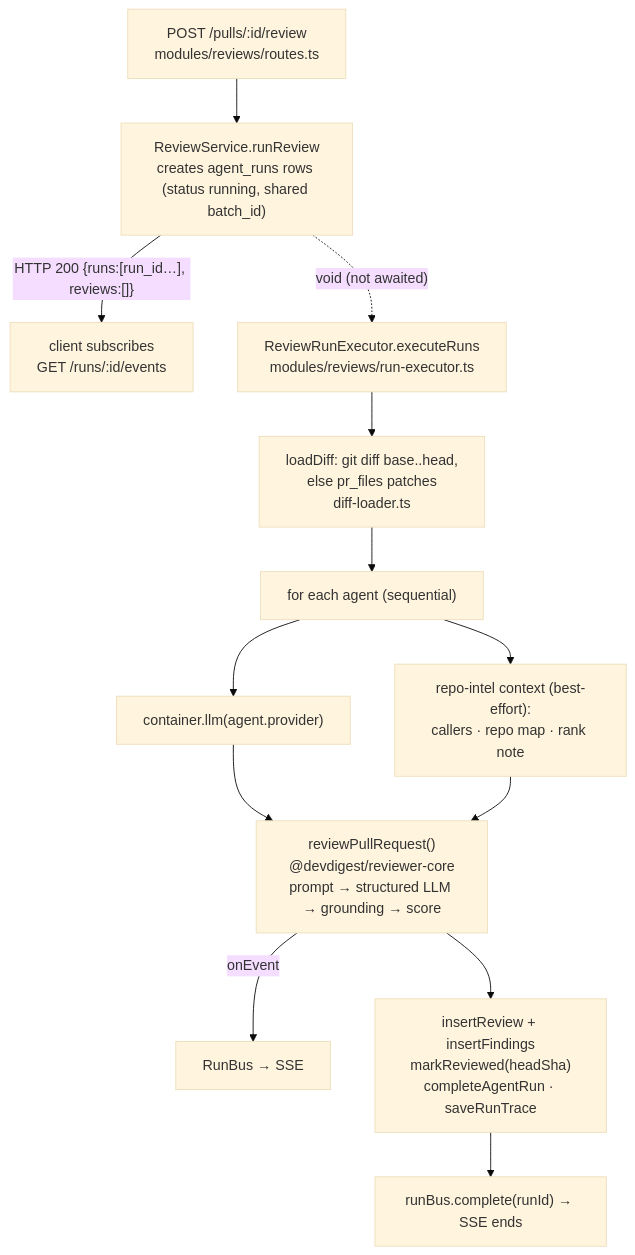
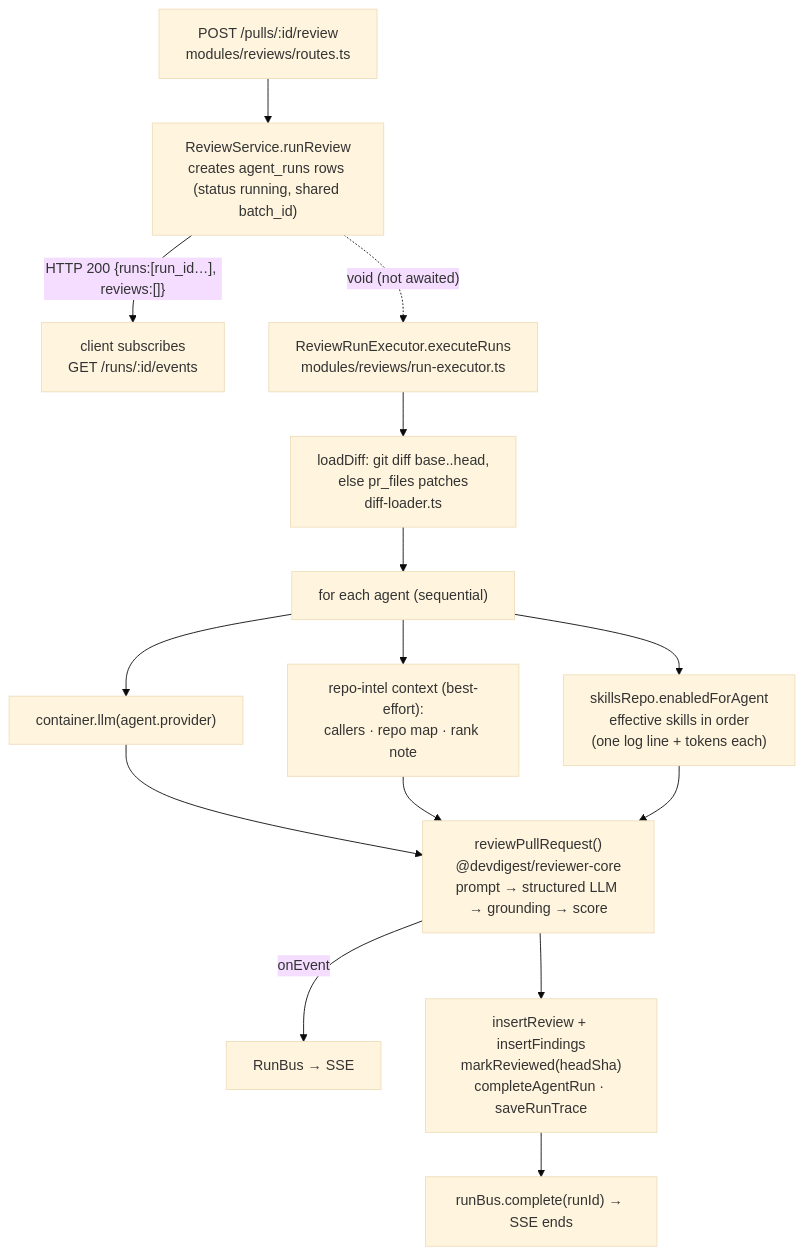
Before and after one commit to vvysotsk/devDigest: the diagram in server/docs/architecture.md, drawn with Mermaid (base theme). The commit also changed other lines of this file and 9 other files, not shown here.

````diff
--- a/server/docs/architecture.md
+++ b/server/docs/architecture.md
@@ -98,14 +98,15 @@
 ```mermaid
 flowchart TD
   POST["POST /pulls/:id/review<br/>modules/reviews/routes.ts"] --> SVC["ReviewService.runReview<br/>creates agent_runs rows (status running, shared batch_id)"]
   SVC -->|"HTTP 200 {runs:[run_id…], reviews:[]}"| CLIENT["client subscribes<br/>GET /runs/:id/events"]
   SVC -. "void (not awaited)" .-> EXEC["ReviewRunExecutor.executeRuns<br/>modules/reviews/run-executor.ts"]
   EXEC --> DIFF["loadDiff: git diff base..head,<br/>else pr_files patches<br/>diff-loader.ts"]
   DIFF --> LOOP["for each agent (sequential)"]
   LOOP --> LLM["container.llm(agent.provider)"]
   LOOP --> CTX["repo-intel context (best-effort):<br/>callers · repo map · rank note"]
-  LLM & CTX --> ENGINE["reviewPullRequest()<br/>@devdigest/reviewer-core<br/>prompt → structured LLM → grounding → score"]
+  LOOP --> SKILLS["skillsRepo.enabledForAgent<br/>effective skills in order<br/>(one log line + tokens each)"]
+  LLM & CTX & SKILLS --> ENGINE["reviewPullRequest()<br/>@devdigest/reviewer-core<br/>prompt → structured LLM → grounding → score"]
   ENGINE -->|"onEvent"| BUS["RunBus → SSE"]
   ENGINE --> PERSIST["insertReview + insertFindings<br/>markReviewed(headSha)<br/>completeAgentRun · saveRunTrace"]
   PERSIST --> DONE["runBus.complete(runId) → SSE ends"]
 ```
````
